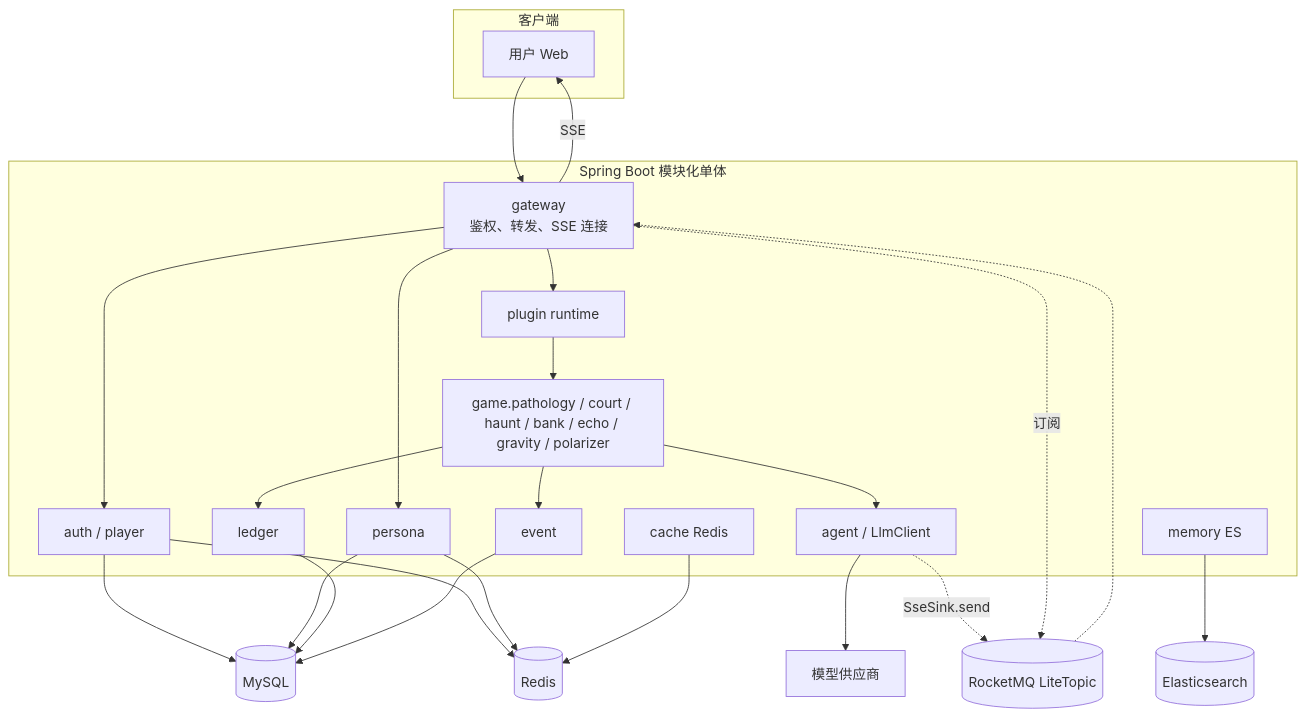
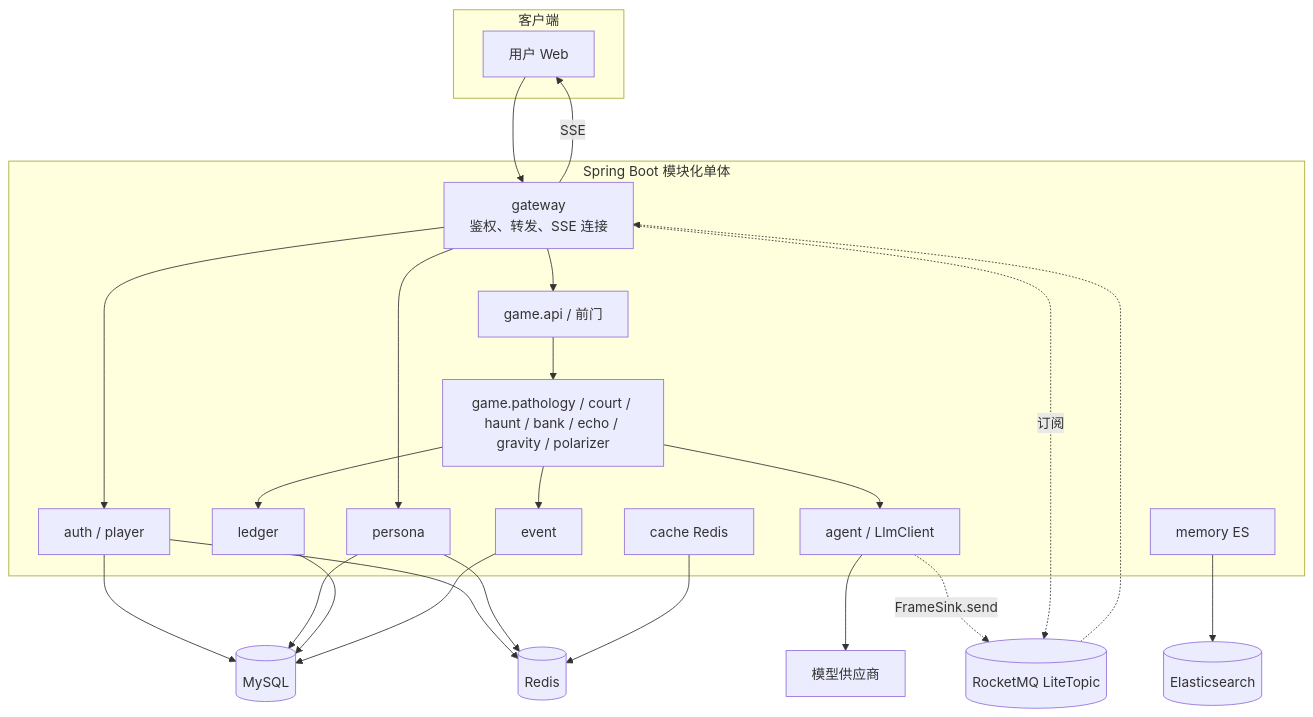
One commit to Irisa-sys/Irisa changed the diagram in docs/platform/diagrams/04-container.mmd. Above: the diagram before and after it, drawn with Mermaid. The commit also changed 88 other files, not shown here.

```diff
--- a/docs/platform/diagrams/04-container.mmd
+++ b/docs/platform/diagrams/04-container.mmd
@@ -1,45 +1,45 @@
 flowchart TB
     subgraph CLIENT[客户端]
         WEB[用户 Web]
     end
 
     subgraph APP[Spring Boot 模块化单体]
         GW[gateway<br/>鉴权、转发、SSE 连接]
         ID[auth / player]
         PE[persona]
         LD[ledger]
         EV[event]
         AG[agent / LlmClient]
-        PL[plugin runtime]
+        PL[game.api / 前门]
         GM[game.pathology / court / haunt / bank / echo / gravity / polarizer]
         MEM[memory ES]
         CA[cache Redis]
     end
 
     MYSQL[(MySQL)]
     REDIS[(Redis)]
     ES[(Elasticsearch)]
     MQ[(RocketMQ LiteTopic)]
     LLM[模型供应商]
 
     WEB --> GW
     GW --> ID
     GW --> PL
     GW --> PE
     PL --> GM
     GM --> LD
     GM --> EV
     GM --> AG
     AG --> LLM
     ID --> MYSQL
     ID --> REDIS
     PE --> MYSQL
     PE --> REDIS
     LD --> MYSQL
     EV --> MYSQL
     MEM --> ES
     CA --> REDIS
-    AG -.->|SseSink.send| MQ
+    AG -.->|FrameSink.send| MQ
     GW -.->|订阅| MQ
     MQ -.-> GW
     GW -->|SSE| WEB
```
